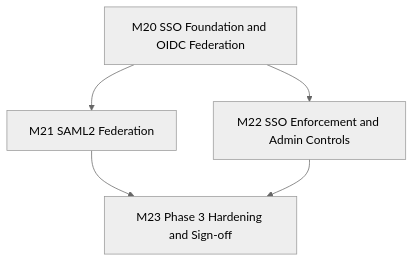
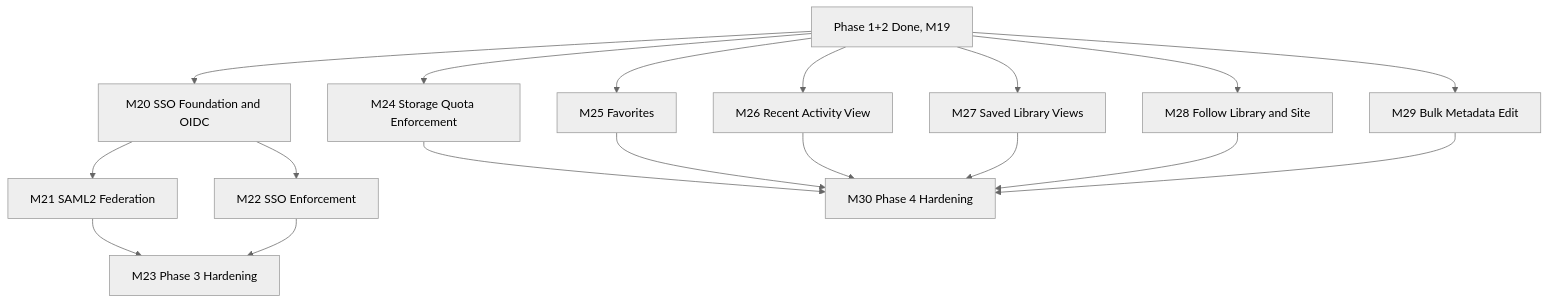
One commit to yanziyang/eDMS changed the diagram in doc/ImplementationPlan V1.2.md. Above: the diagram before and after it, drawn with Mermaid (neutral theme). The commit also changed other lines of this file and 1 other file, not shown here.

First line of the commit message:
docs: add Phase 4 (SharePoint-parity daily-use enhancements) to plan

````diff
--- a/doc/ImplementationPlan V1.2.md
+++ b/doc/ImplementationPlan V1.2.md
@@ -93,7 +165,20 @@
 ```mermaid
 graph TD
-    M20[M20 SSO Foundation and OIDC Federation] --> M21[M21 SAML2 Federation]
-    M20 --> M22[M22 SSO Enforcement and Admin Controls]
-    M21 --> M23[M23 Phase 3 Hardening and Sign-off]
+    P[Phase 1+2 Done, M19] --> M20[M20 SSO Foundation and OIDC]
+    M20 --> M21[M21 SAML2 Federation]
+    M20 --> M22[M22 SSO Enforcement]
+    M21 --> M23[M23 Phase 3 Hardening]
     M22 --> M23
+    P --> M24[M24 Storage Quota Enforcement]
+    P --> M25[M25 Favorites]
+    P --> M26[M26 Recent Activity View]
+    P --> M27[M27 Saved Library Views]
+    P --> M28[M28 Follow Library and Site]
+    P --> M29[M29 Bulk Metadata Edit]
+    M24 --> M30[M30 Phase 4 Hardening]
+    M25 --> M30
+    M26 --> M30
+    M27 --> M30
+    M28 --> M30
+    M29 --> M30
 ```
````
